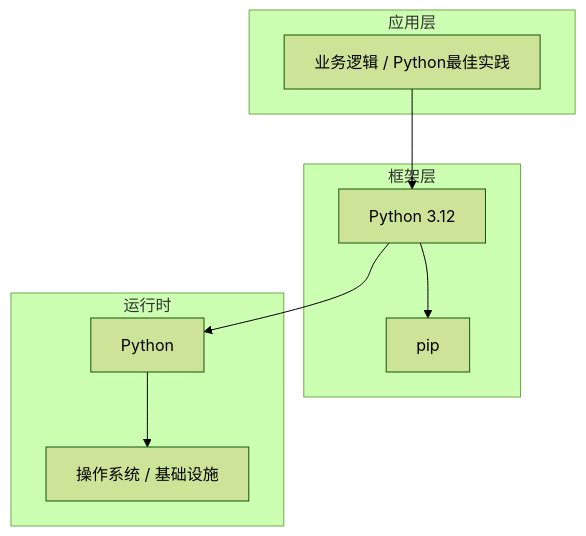
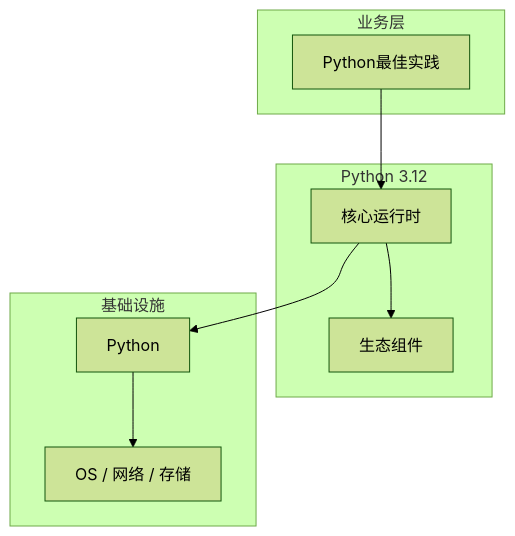
Before and after one commit to yanggan2015/knowledge-json-v2: the diagram in articles/Python核心/chapters/188-Python最佳实践核心概念与原理.md, drawn with Mermaid (forest theme). The commit also changed other lines of this file and 10127 other files, not shown here.

````diff
--- a/articles/Python核心/chapters/188-Python最佳实践核心概念与原理.md
+++ b/articles/Python核心/chapters/188-Python最佳实践核心概念与原理.md
@@ -45,18 +34,18 @@
 ```mermaid
 graph TB
-    subgraph 应用层
-        A[业务逻辑 / Python最佳实践]
+    subgraph 业务层
+        A[Python最佳实践]
     end
-    subgraph 框架层
-        B[Python 3.12]
-        C[pip]
+    subgraph Python 3.12
+        B[核心运行时]
+        C[生态组件]
     end
-    subgraph 运行时
+    subgraph 基础设施
         D[Python]
-        E[操作系统 / 基础设施]
+        E[OS / 网络 / 存储]
     end
     A --> B
     B --> C
     B --> D
     D --> E
 ```
````
